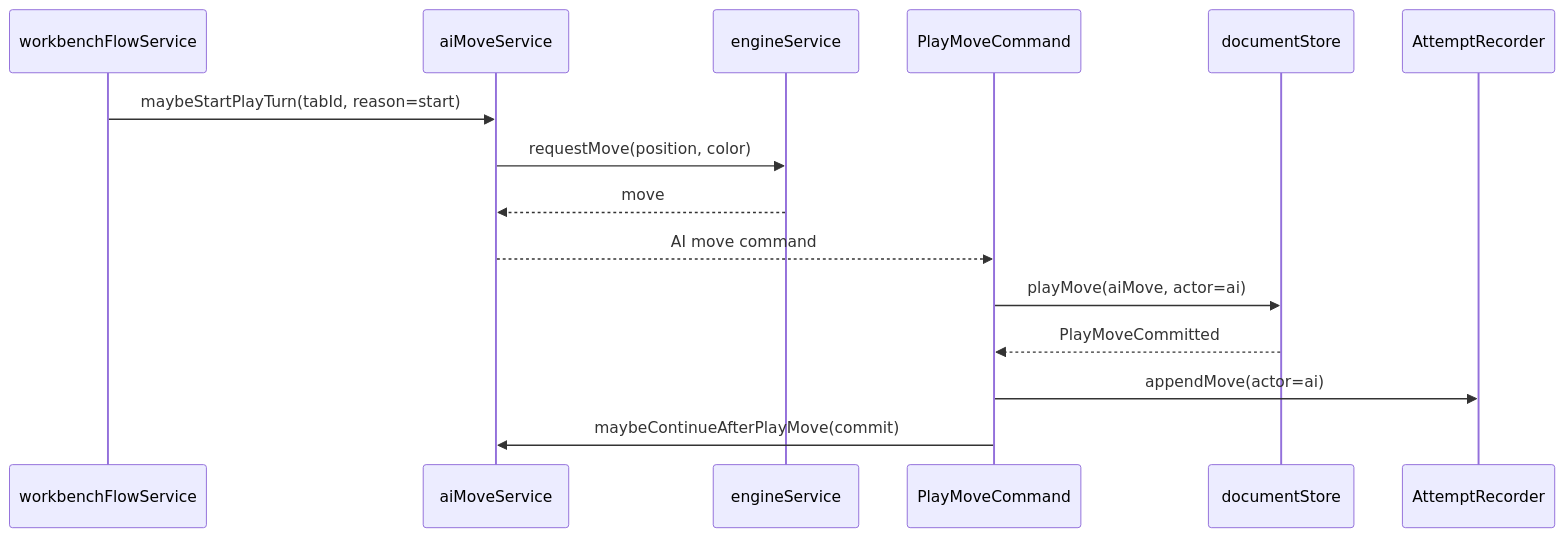
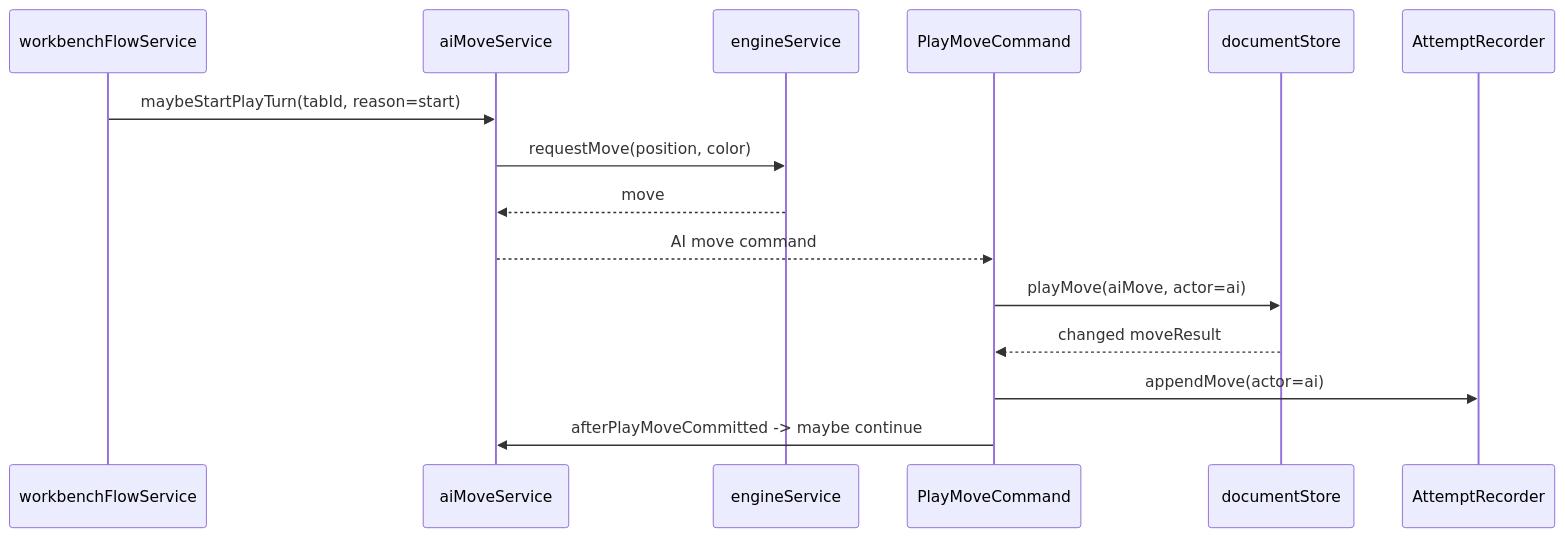
One commit to Gaogao417/Sabaki changed the third of 4 diagrams in docs/design/play-move-committed-architecture.md. Above: the diagram before and after it, drawn with Mermaid. The commit also changed other lines of this file and 1 other file, not shown here.

Commit message:
business-contract-workflow: revise play move committed design as hook

````diff
--- a/docs/design/play-move-committed-architecture.md
+++ b/docs/design/play-move-committed-architecture.md
@@ -183,18 +186,18 @@
 ```mermaid
 sequenceDiagram
   participant WF as workbenchFlowService
   participant AI as aiMoveService
   participant ENG as engineService
   participant PM as PlayMoveCommand
   participant DS as documentStore
   participant AR as AttemptRecorder
 
   WF->>AI: maybeStartPlayTurn(tabId, reason=start)
   AI->>ENG: requestMove(position, color)
   ENG-->>AI: move
   AI-->>PM: AI move command
   PM->>DS: playMove(aiMove, actor=ai)
-  DS-->>PM: PlayMoveCommitted
+  DS-->>PM: changed moveResult
   PM->>AR: appendMove(actor=ai)
-  PM->>AI: maybeContinueAfterPlayMove(commit)
+  PM->>AI: afterPlayMoveCommitted -> maybe continue
 ```
````
